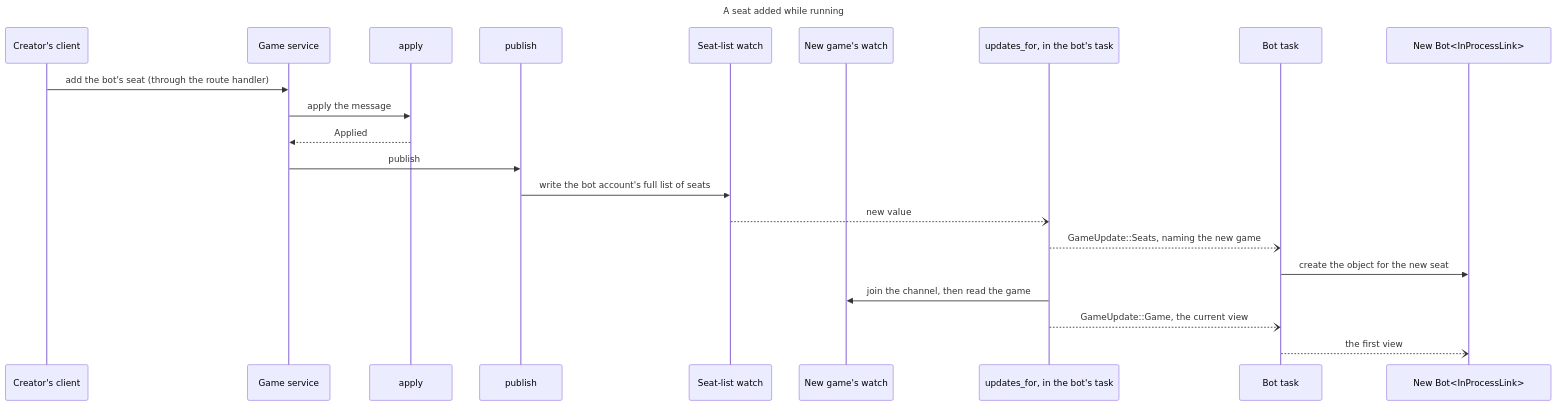
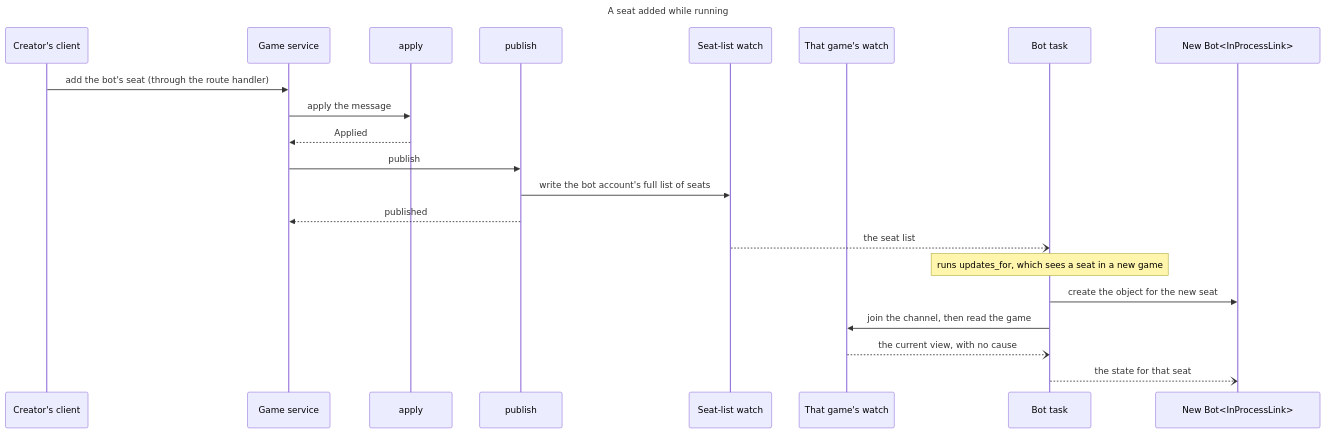
One commit to delphside/programme changed the second of 2 diagrams in applications/tile-lite-elite/3.1.7-changes/workstreams/application-game-architecture/71-one-game-model/71-data-model.md. Above: the diagram before and after it, drawn with Mermaid. The commit also changed other lines of this file and 4 other files, not shown here.

First line of the commit message:
71 design: wire frames for the seat list and removal, seats not games, round 2 fixes

````diff
--- a/applications/tile-lite-elite/3.1.7-changes/workstreams/application-game-architecture/71-one-game-model/71-data-model.md
+++ b/applications/tile-lite-elite/3.1.7-changes/workstreams/application-game-architecture/71-one-game-model/71-data-model.md
@@ -914,25 +943,25 @@
 ```mermaid
 sequenceDiagram
   title A seat added while running
   participant C as Creator's client
   participant GS as Game service
   participant A as apply
   participant P as publish
   participant SW as Seat-list watch
-  participant NW as New game's watch
-  participant UB as updates_for, in the bot's task
+  participant NW as That game's watch
   participant BT as Bot task
   participant NB as New Bot#lt;InProcessLink#gt;
 
   C->>GS: add the bot's seat (through the route handler)
   GS->>A: apply the message
   A-->>GS: Applied
   GS->>P: publish
   P->>SW: write the bot account's full list of seats
-  SW--)UB: new value
-  UB--)BT: GameUpdate::Seats, naming the new game
+  P-->>GS: published
+  SW--)BT: the seat list
+  Note over BT: runs updates_for, which sees a seat in a new game
   BT->>NB: create the object for the new seat
-  UB->>NW: join the channel, then read the game
-  UB--)BT: GameUpdate::Game, the current view
-  BT--)NB: the first view
+  BT->>NW: join the channel, then read the game
+  NW--)BT: the current view, with no cause
+  BT--)NB: the state for that seat
 ```
````
